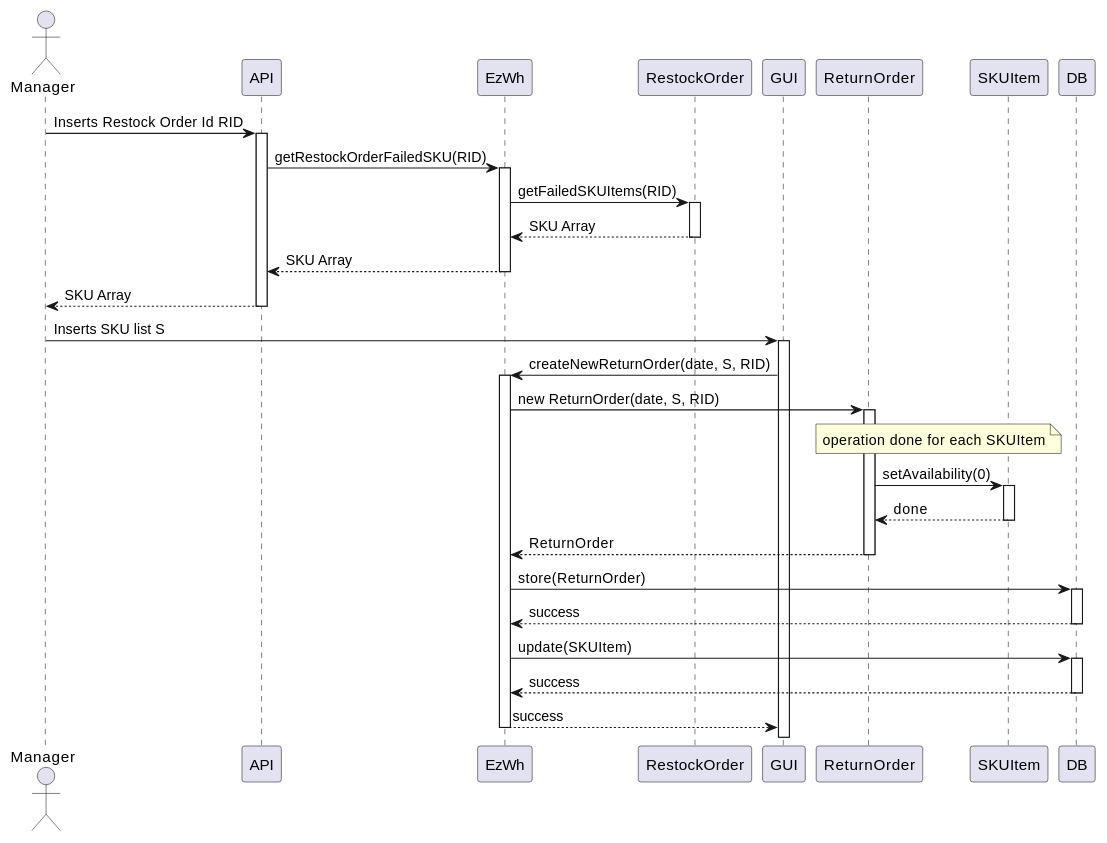
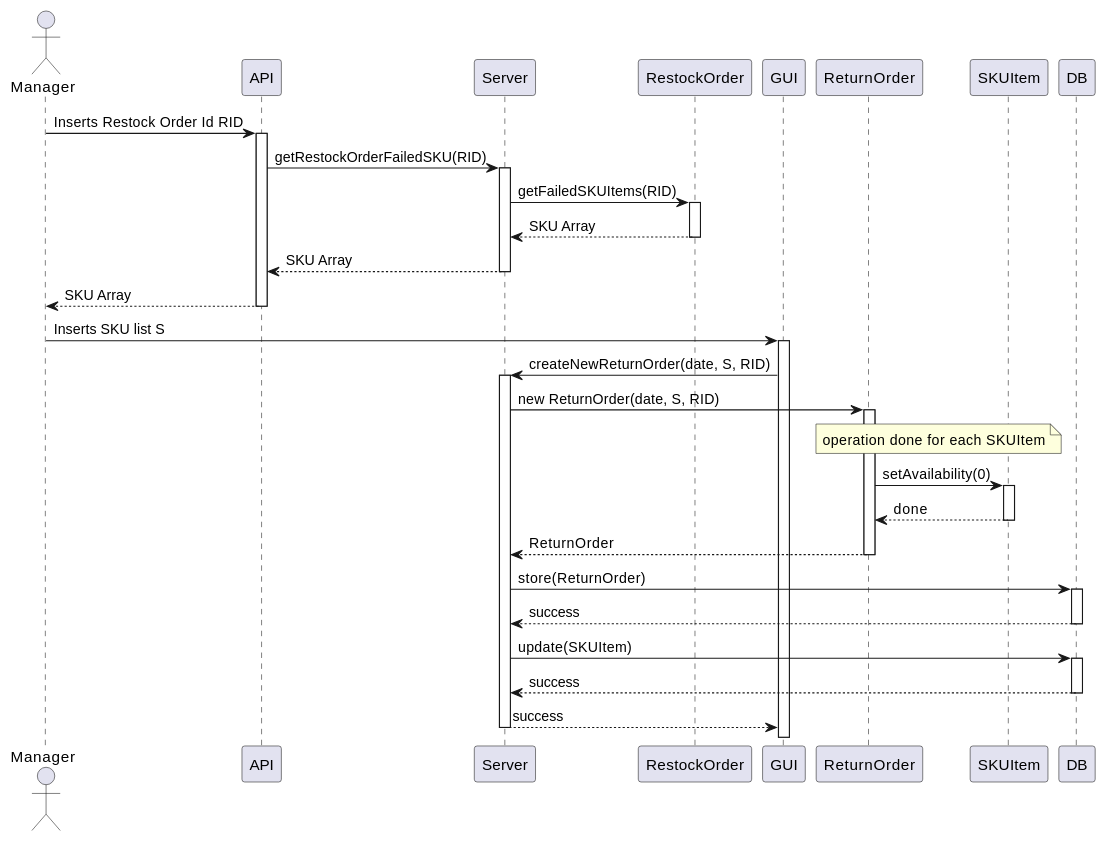
One commit to flaviociravegna/softeng-ezwh changed the ninth of 10 diagrams in DesignDocument.md. Above: the diagram before and after it, drawn with PlantUML. The commit also changed other lines of this file, not shown here.

````diff
--- a/DesignDocument.md
+++ b/DesignDocument.md
@@ -545,24 +546,24 @@
 ```plantuml
 @startuml
 autoactivate on
 actor Manager
 Manager -> API : Inserts Restock Order Id RID
-API -> EzWh :  getRestockOrderFailedSKU(RID)
-EzWh -> RestockOrder : getFailedSKUItems(RID)
+API -> Server :  getRestockOrderFailedSKU(RID)
+Server -> RestockOrder : getFailedSKUItems(RID)
 return SKU Array
 return SKU Array
 return SKU Array
 Manager -> GUI: Inserts SKU list S
-GUI -> EzWh: createNewReturnOrder(date, S, RID)
-EzWh -> ReturnOrder: new ReturnOrder(date, S, RID)
+GUI -> Server: createNewReturnOrder(date, S, RID)
+Server -> ReturnOrder: new ReturnOrder(date, S, RID)
 note over ReturnOrder, SKUItem : operation done for each SKUItem
 ReturnOrder -> SKUItem: setAvailability(0)
 return done
 return ReturnOrder
-EzWh -> DB : store(ReturnOrder)
+Server -> DB : store(ReturnOrder)
 return success
-EzWh -> DB : update(SKUItem)
+Server -> DB : update(SKUItem)
 return success
 return success
 @enduml
 ```
````
